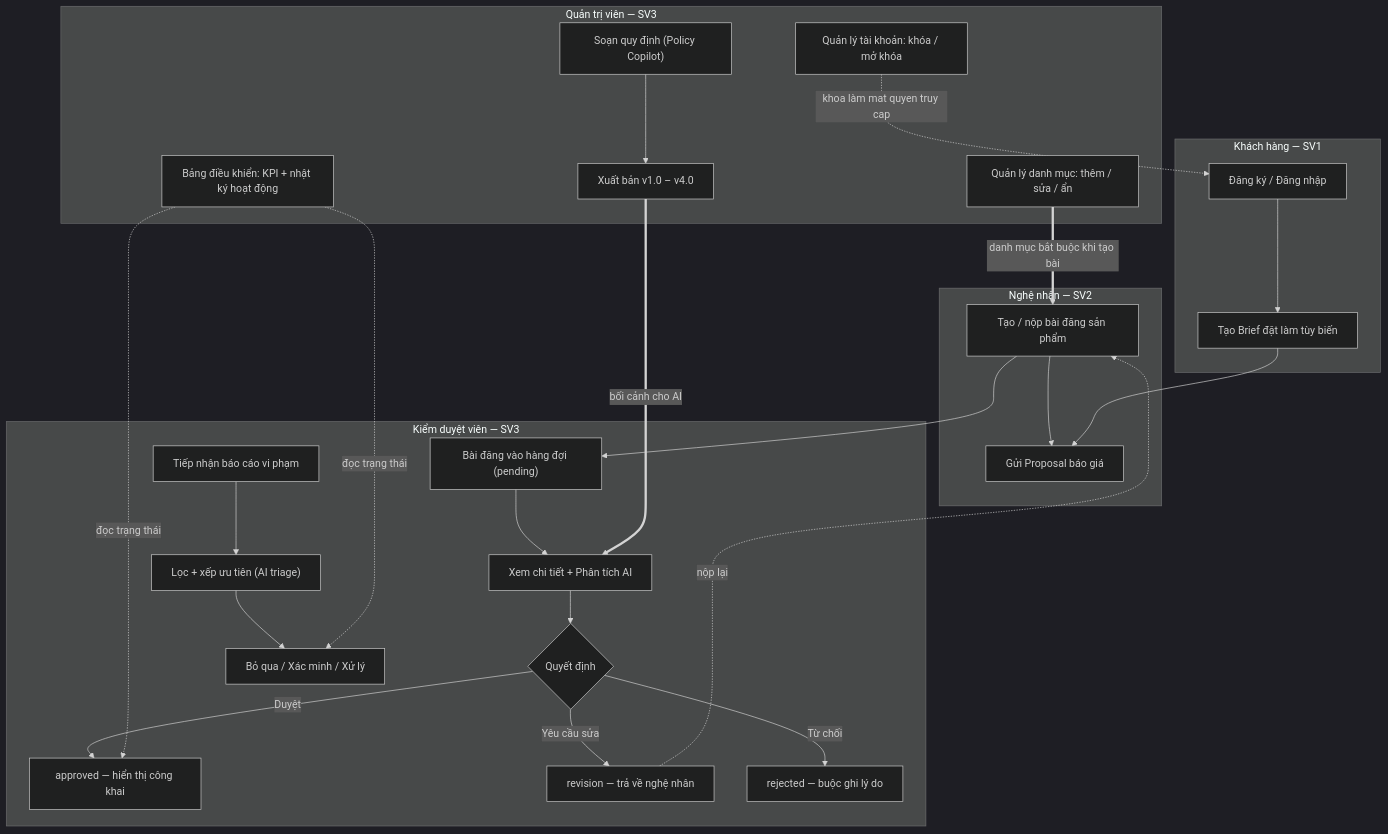
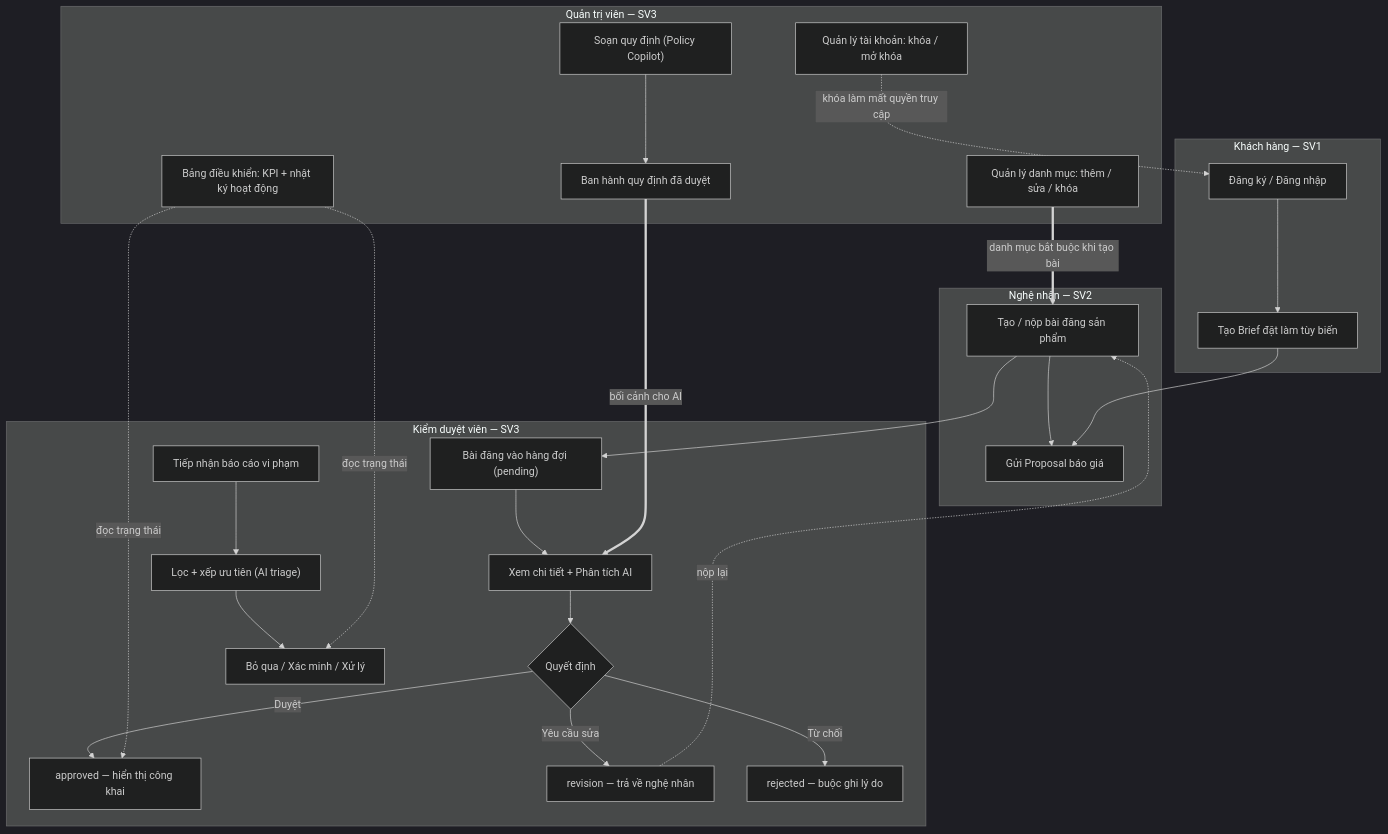
One commit to NguyenDinhQuangMinh/cse122-craftlink-team11 changed the second of 2 diagrams in docs/user-flow.md. Above: the diagram before and after it, drawn with Mermaid (dark theme). The commit also changed other lines of this file and 5 other files, not shown here.

````diff
--- a/docs/user-flow.md
+++ b/docs/user-flow.md
@@ -9,31 +48,31 @@
 ```mermaid
 flowchart TD
   subgraph SV1["Khách hàng — SV1"]
     A1["Đăng ký / Đăng nhập"] --> A2["Tạo Brief đặt làm tùy biến"]
   end
   subgraph SV2["Nghệ nhân — SV2"]
     B1["Tạo / nộp bài đăng sản phẩm"] --> B2["Gửi Proposal báo giá"]
   end
   subgraph MOD["Kiểm duyệt viên — SV3"]
     C1["Bài đăng vào hàng đợi (pending)"] --> C2["Xem chi tiết + Phân tích AI"]
     C2 --> C3{Quyết định}
     C3 -->|Duyệt| C4["approved — hiển thị công khai"]
     C3 -->|Yêu cầu sửa| C5["revision — trả về nghệ nhân"]
     C3 -->|Từ chối| C6["rejected — buộc ghi lý do"]
     D1["Tiếp nhận báo cáo vi phạm"] --> D2["Lọc + xếp ưu tiên (AI triage)"] --> D3["Bỏ qua / Xác minh / Xử lý"]
   end
   subgraph ADM["Quản trị viên — SV3"]
-    E1["Soạn quy định (Policy Copilot)"] --> E2["Xuất bản v1.0 – v4.0"]
-    E3["Quản lý danh mục: thêm / sửa / ẩn"]
+    E1["Soạn quy định (Policy Copilot)"] --> E2["Ban hành quy định đã duyệt"]
+    E3["Quản lý danh mục: thêm / sửa / khóa"]
     E4["Quản lý tài khoản: khóa / mở khóa"]
     E5["Bảng điều khiển: KPI + nhật ký hoạt động"]
   end
   A2 --> B2
   B1 --> C1
   C5 -.->|nộp lại| B1
   E2 ==>|bối cảnh cho AI| C2
   E3 ==>|danh mục bắt buộc khi tạo bài| B1
-  E4 -.->|khoa làm mat quyen truy cap| A1
+  E4 -.->|khóa làm mất quyền truy cập| A1
   E5 -.->|đọc trạng thái| C4
   E5 -.->|đọc trạng thái| D3
 ```
````
